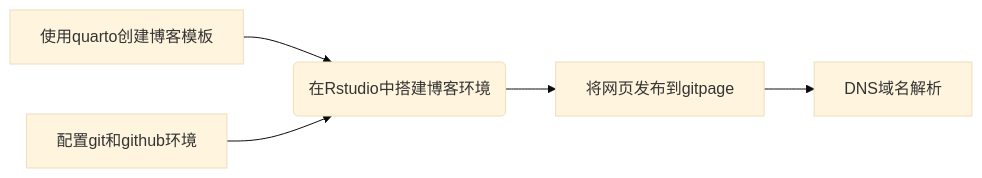
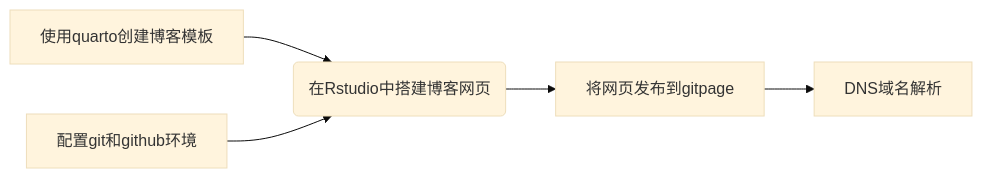
The diagram in posts/开始搭建你的个人博客/index.qmd (fhaoshao/mybolg), drawn with Mermaid (base theme) before and after one commit. The commit also changed other lines of this file and 15 other files, not shown here.

````diff
--- a/posts/开始搭建你的个人博客/index.qmd
+++ b/posts/开始搭建你的个人博客/index.qmd
@@ -20,7 +24,7 @@
 ```{mermaid}
 flowchart LR
-  A[使用quarto创建博客模板] --> D(在Rstudio中搭建博客环境)
+  A[使用quarto创建博客模板] --> D(在Rstudio中搭建博客网页)
   C[配置git和github环境] --> D
   D --> E[将网页发布到gitpage]
   E --> F[DNS域名解析]
 ```
````
